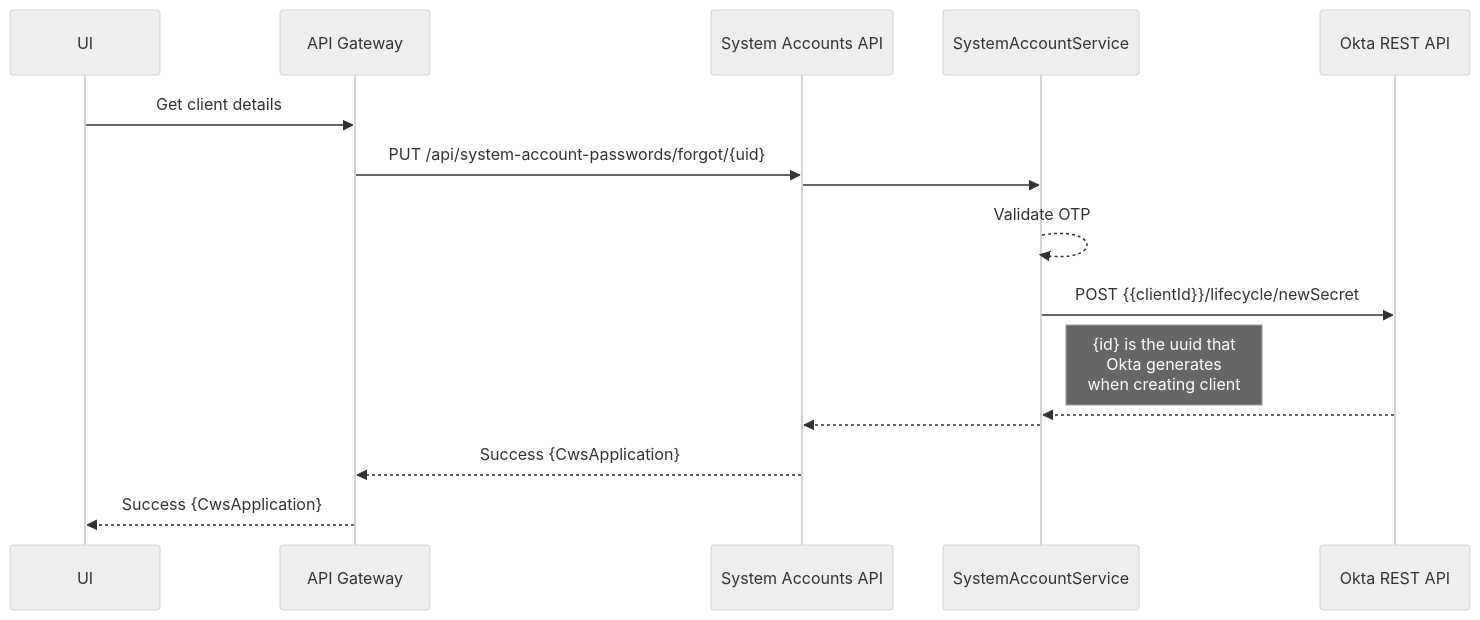
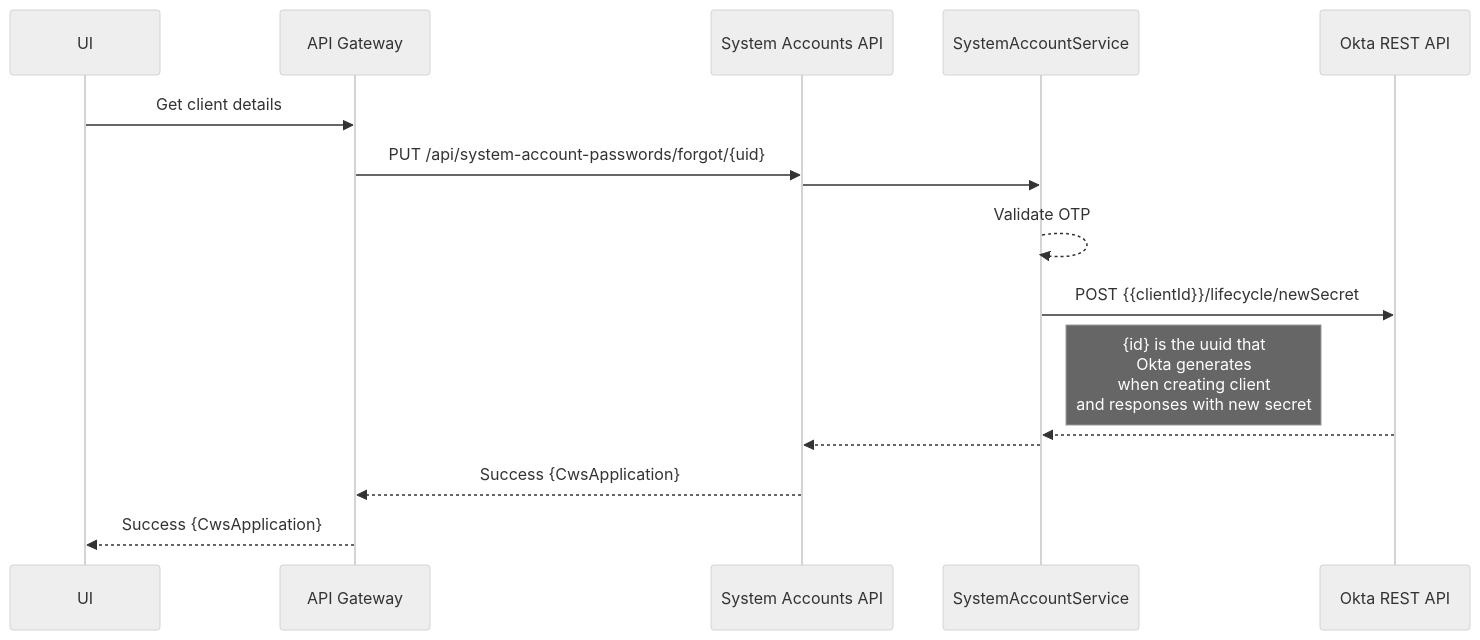
Before and after one commit to venuduggireddy/slakedit: the third of 4 diagrams in README.md, drawn with Mermaid (neutral theme). The commit also changed other lines of this file, not shown here.

Commit message:
README.md updated from https://stackedit.io/

````diff
--- a/README.md
+++ b/README.md
@@ -107,13 +107,13 @@
 ```mermaid
 sequenceDiagram
 UI ->> API Gateway: Get client details
 API Gateway->>System Accounts API: PUT /api/system-account-passwords/forgot/{uid}
 System Accounts API ->> SystemAccountService:  
 SystemAccountService -->> SystemAccountService: Validate OTP
 SystemAccountService ->> Okta REST API: POST {{clientId}}/lifecycle/newSecret
-Note right of SystemAccountService : {id} is the uuid that <br/>Okta generates <br/>when creating client
+Note right of SystemAccountService : {id} is the uuid that <br/>Okta generates <br/>when creating client<br/> and responses with new secret
 Okta REST API -->> SystemAccountService: 
 SystemAccountService -->> System Accounts API: 
 System Accounts API -->> API Gateway: Success {CwsApplication}
 API Gateway -->> UI: Success {CwsApplication}
 ```
````
